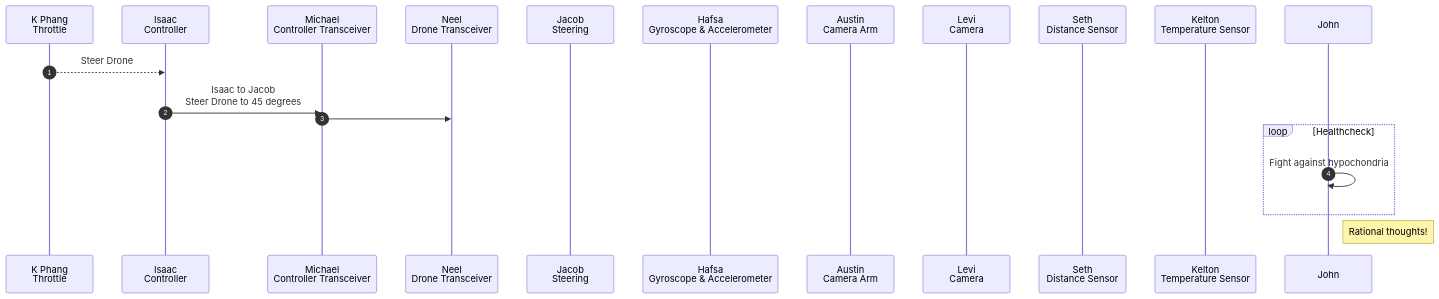
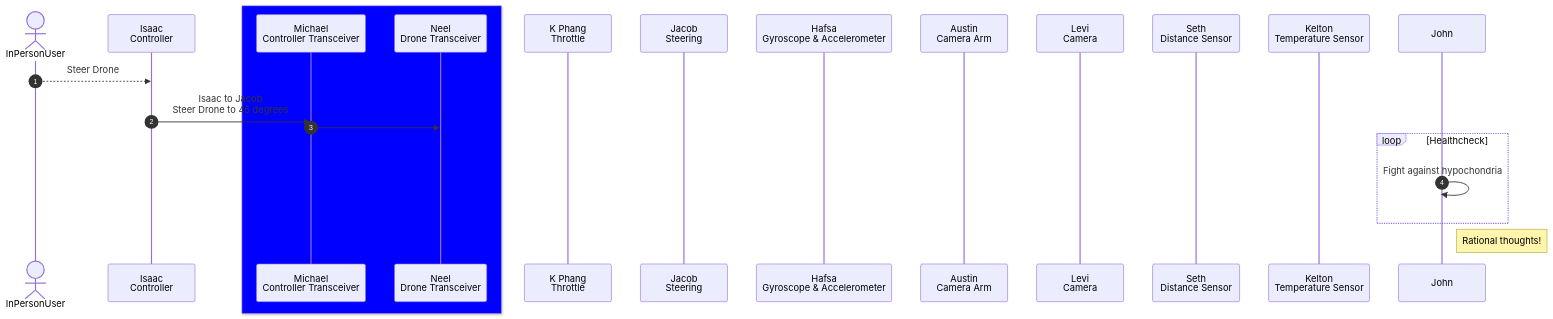
One commit to HFSKSN/hfsksn.github.io changed the fourth of 4 diagrams in docs/Appendix/04-Examples-to-Remove/charts.md. Above: the diagram before and after it, drawn with Mermaid.

````diff
--- a/docs/Appendix/04-Examples-to-Remove/charts.md
+++ b/docs/Appendix/04-Examples-to-Remove/charts.md
@@ -43,23 +43,25 @@
 ``` mermaid
 sequenceDiagram
   autonumber
-  actor P as InPersonUser
+  actor U as InPersonUser
   participant I as Isaac<br/>Controller
+  box Blue
   participant M as Michael<br/>Controller Transceiver
   participant N as Neel<br/>Drone Transceiver
+  end
   participant P as K Phang<br/>Throttle
   participant J as Jacob<br/>Steering
   participant H as Hafsa<br/>Gyroscope & Accelerometer
   participant A as Austin<br/>Camera Arm
   participant L as Levi<br/>Camera
   participant S as Seth<br/>Distance Sensor
   participant K as Kelton<br/>Temperature Sensor
 
-  P-->>I: Steer Drone
+  U-->>I: Steer Drone
   I->>M: Isaac to Jacob<br/>Steer Drone to 45 degrees
   M->>N: 
   loop Healthcheck
       John->>John: Fight against hypochondria
   end
   Note right of John: Rational thoughts!
 ```
````
